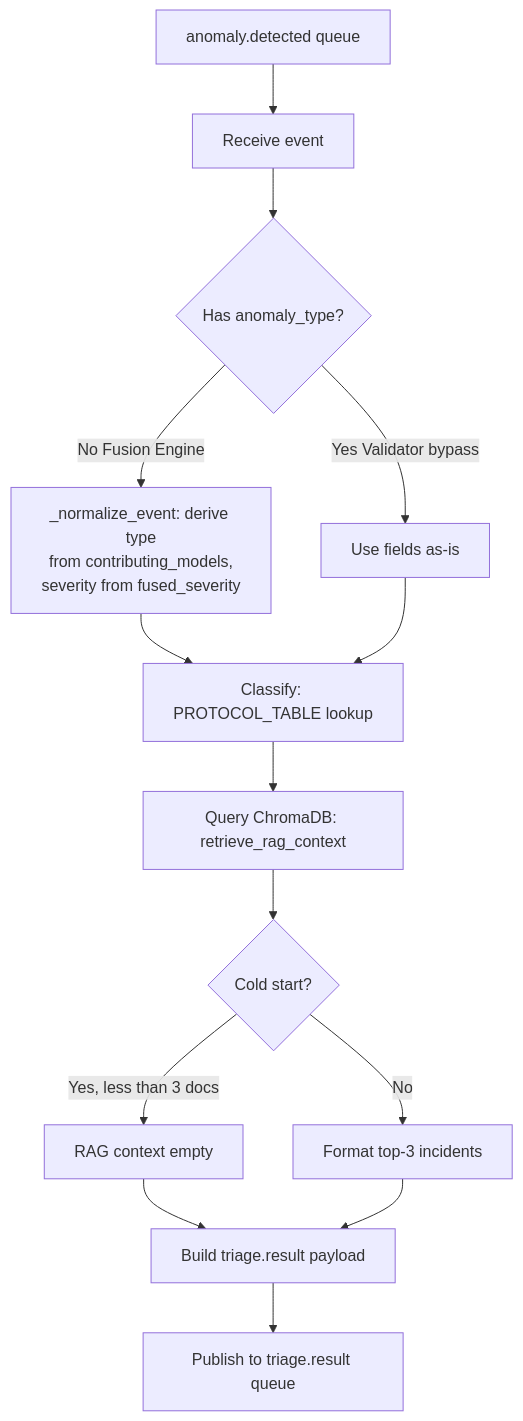
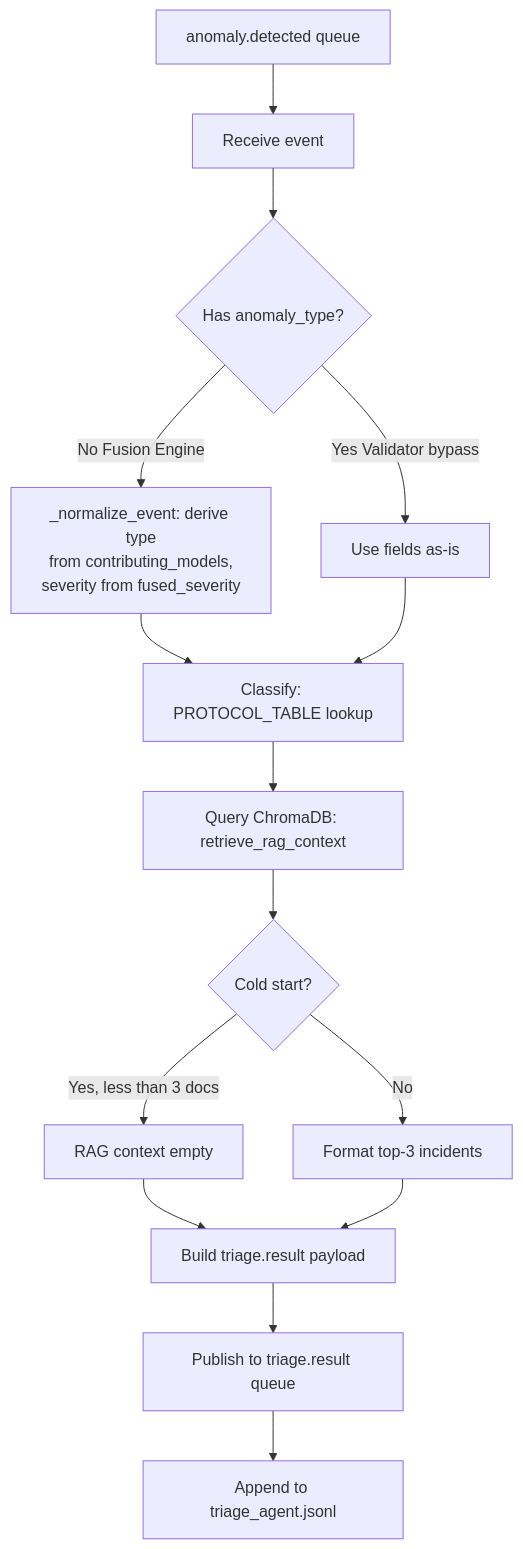
Before and after one commit to Spectre206/fyp-pipeline: the first of 4 diagrams in layer2/docs/layer2_component_log.md, drawn with Mermaid. The commit also changed other lines of this file and 10 other files, not shown here.

````diff
--- a/layer2/docs/layer2_component_log.md
+++ b/layer2/docs/layer2_component_log.md
@@ -39,16 +44,17 @@
 ```mermaid
 flowchart TD
     A[anomaly.detected queue] --> B[Receive event]
     B --> C{Has anomaly_type?}
     C -- No Fusion Engine --> D["_normalize_event: derive type<br/>from contributing_models,<br/>severity from fused_severity"]
     C -- Yes Validator bypass --> E[Use fields as-is]
     D --> F[Classify: PROTOCOL_TABLE lookup]
     E --> F
     F --> G[Query ChromaDB: retrieve_rag_context]
     G --> H{Cold start?}
     H -- Yes, less than 3 docs --> I[RAG context empty]
     H -- No --> J[Format top-3 incidents]
     I --> K[Build triage.result payload]
     J --> K
     K --> L[Publish to triage.result queue]
+    L --> M[Append to triage_agent.jsonl]
 ```
````
